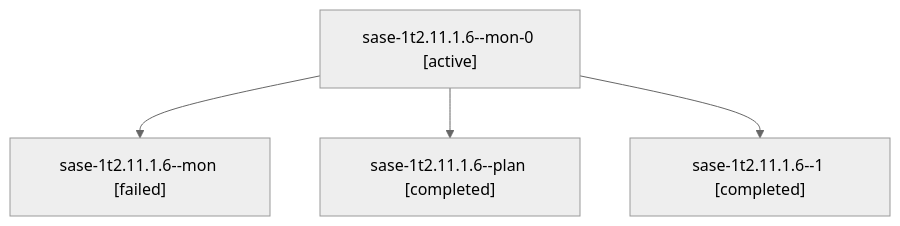
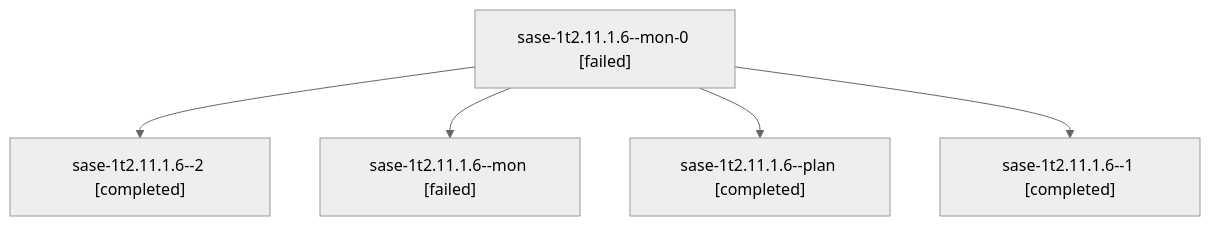
One commit to sase-org/sase--agents changed the diagram in sessions/bbugyi200.athena.sase-1t2.11.1.6.md. Above: the diagram before and after it, drawn with Mermaid (neutral theme). The commit also changed other lines of this file and 85 other files, not shown here.

````diff
--- a/sessions/bbugyi200.athena.sase-1t2.11.1.6.md
+++ b/sessions/bbugyi200.athena.sase-1t2.11.1.6.md
@@ -9,10 +9,12 @@
 ```mermaid
 flowchart TD
-  n0["sase-1t2.11.1.6--mon-0 [active]"]
-  n1["sase-1t2.11.1.6--mon [failed]"]
+  n0["sase-1t2.11.1.6--mon-0 [failed]"]
+  n1["sase-1t2.11.1.6--2 [completed]"]
   n0 --> n1
-  n2["sase-1t2.11.1.6--plan [completed]"]
+  n2["sase-1t2.11.1.6--mon [failed]"]
   n0 --> n2
-  n3["sase-1t2.11.1.6--1 [completed]"]
+  n3["sase-1t2.11.1.6--plan [completed]"]
   n0 --> n3
+  n4["sase-1t2.11.1.6--1 [completed]"]
+  n0 --> n4
 ```
````
